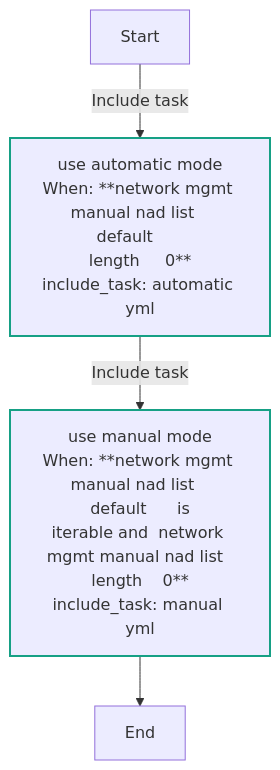
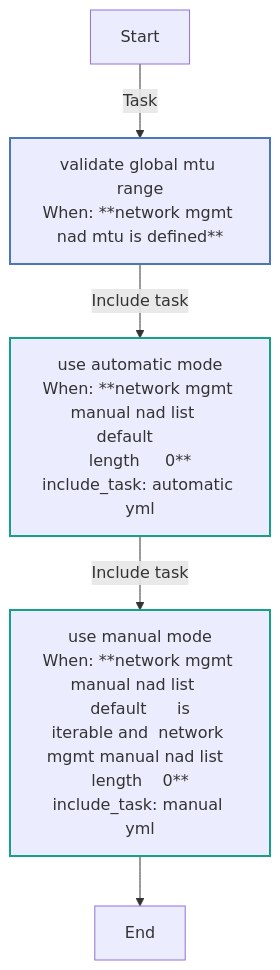
Before and after one commit to redhat-cop/openshift_virtualization_migration: the seventh of 9 diagrams in roles/network_mgmt/README.md, drawn with Mermaid. The commit also changed other lines of this file and 5 other files, not shown here.

Commit message:
feat: nad ovn layer2 mtu (#85)

````diff
--- a/roles/network_mgmt/README.md
+++ b/roles/network_mgmt/README.md
@@ -333,16 +365,17 @@
 ```mermaid
 flowchart TD
 Start
 classDef block stroke:#3498db,stroke-width:2px;
 classDef task stroke:#4b76bb,stroke-width:2px;
 classDef includeTasks stroke:#16a085,stroke-width:2px;
 classDef importTasks stroke:#34495e,stroke-width:2px;
 classDef includeRole stroke:#2980b9,stroke-width:2px;
 classDef importRole stroke:#699ba7,stroke-width:2px;
 classDef includeVars stroke:#8e44ad,stroke-width:2px;
 classDef rescue stroke:#665352,stroke-width:2px;
 
-  Start-->|Include task| Use_automatic_mode_automatic_yml_0[use automatic mode<br>When: **network mgmt manual nad list   default      <br>length     0**<br>include_task: automatic yml]:::includeTasks
-  Use_automatic_mode_automatic_yml_0-->|Include task| Use_manual_mode_manual_yml_1[use manual mode<br>When: **network mgmt manual nad list   default      is<br>iterable and  network mgmt manual nad list  <br>length    0**<br>include_task: manual yml]:::includeTasks
-  Use_manual_mode_manual_yml_1-->End
+  Start-->|Task| Validate_global_MTU_range0[validate global mtu range<br>When: **network mgmt nad mtu is defined**]:::task
+  Validate_global_MTU_range0-->|Include task| Use_automatic_mode_automatic_yml_1[use automatic mode<br>When: **network mgmt manual nad list   default      <br>length     0**<br>include_task: automatic yml]:::includeTasks
+  Use_automatic_mode_automatic_yml_1-->|Include task| Use_manual_mode_manual_yml_2[use manual mode<br>When: **network mgmt manual nad list   default      is<br>iterable and  network mgmt manual nad list  <br>length    0**<br>include_task: manual yml]:::includeTasks
+  Use_manual_mode_manual_yml_2-->End
 ```
````
